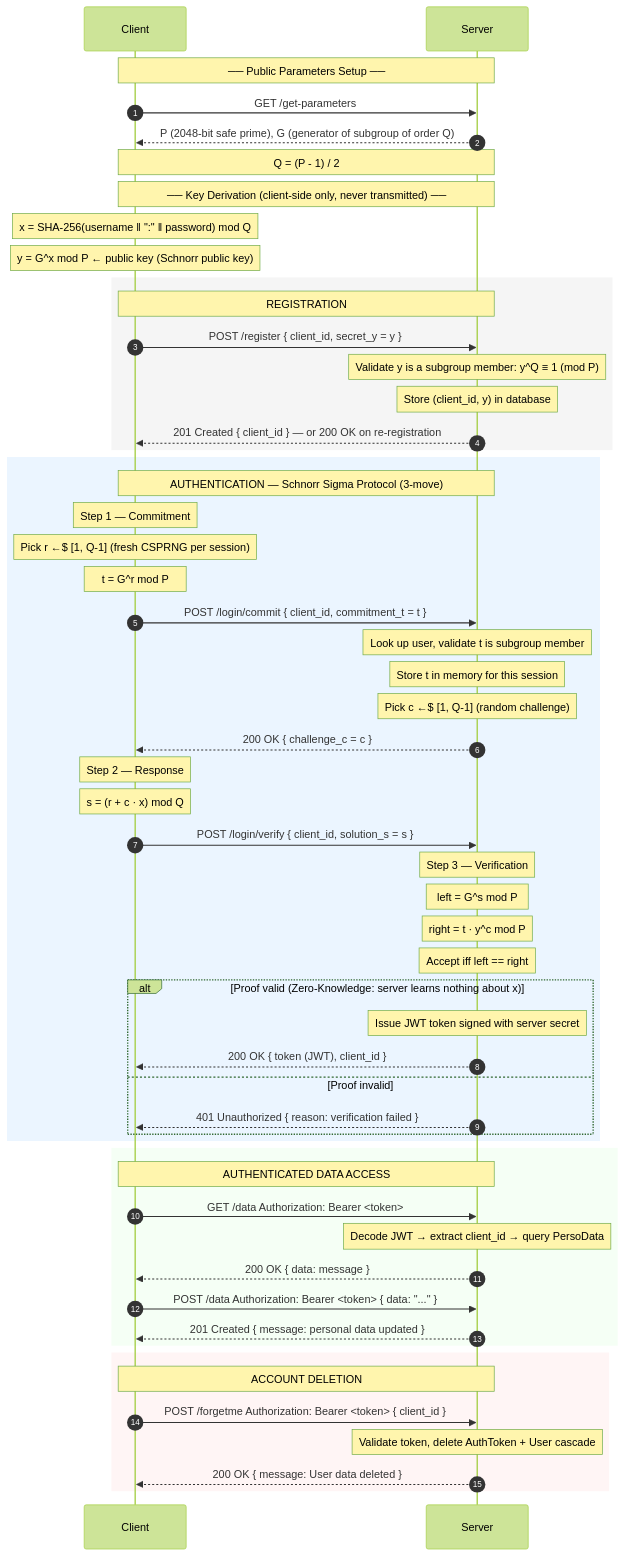
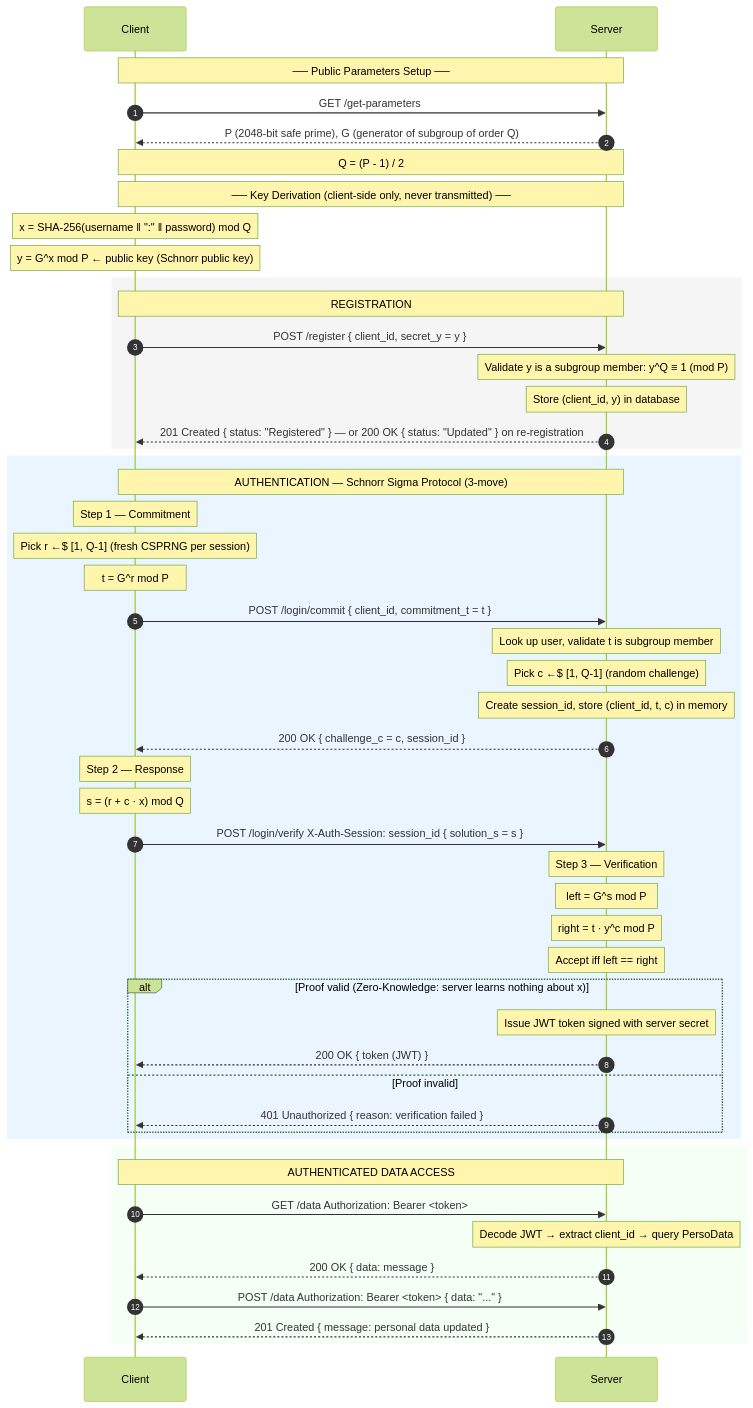
Before and after one commit to matei-rares-a/acas: the diagram in diagrams/diagram_schnorr_zkp_protocol.mmd, drawn with Mermaid (forest theme). The commit also changed 13 other files, not shown here.

```diff
--- a/diagrams/diagram_schnorr_zkp_protocol.mmd
+++ b/diagrams/diagram_schnorr_zkp_protocol.mmd
@@ -1,66 +1,59 @@
 sequenceDiagram
     autonumber
     participant C as Client
     participant S as Server
 
     Note over C,S: ── Public Parameters Setup ──
     C->>S: GET /get-parameters
     S-->>C: P (2048-bit safe prime), G (generator of subgroup of order Q)
     Note over C,S: Q = (P - 1) / 2
 
     Note over C,S: ── Key Derivation (client-side only, never transmitted) ──
     Note over C: x = SHA-256(username ‖ ":" ‖ password) mod Q
     Note over C: y = G^x mod P     ← public key (Schnorr public key)
 
     rect rgb(245, 245, 245)
     Note over C,S: REGISTRATION
     C->>S: POST /register  { client_id, secret_y = y }
     Note over S: Validate y is a subgroup member: y^Q ≡ 1 (mod P)
     Note over S: Store (client_id, y) in database
-    S-->>C: 201 Created  { client_id }  — or 200 OK on re-registration
+    S-->>C: 201 Created  { status: "Registered" }  — or 200 OK  { status: "Updated" } on re-registration
     end
 
     rect rgb(235, 245, 255)
     Note over C,S: AUTHENTICATION — Schnorr Sigma Protocol (3-move)
     Note over C: Step 1 — Commitment
     Note over C: Pick r ←$ [1, Q-1]   (fresh CSPRNG per session)
     Note over C: t = G^r mod P
     C->>S: POST /login/commit  { client_id, commitment_t = t }
     Note over S: Look up user, validate t is subgroup member
-    Note over S: Store t in memory for this session
     Note over S: Pick c ←$ [1, Q-1]   (random challenge)
-    S-->>C: 200 OK  { challenge_c = c }
+    Note over S: Create session_id, store (client_id, t, c) in memory
+    S-->>C: 200 OK  { challenge_c = c, session_id }
 
     Note over C: Step 2 — Response
     Note over C: s = (r + c · x) mod Q
-    C->>S: POST /login/verify  { client_id, solution_s = s }
+    C->>S: POST /login/verify  X-Auth-Session: session_id  { solution_s = s }
 
     Note over S: Step 3 — Verification
     Note over S: left  = G^s mod P
     Note over S: right = t · y^c mod P
     Note over S: Accept iff left == right
 
     alt Proof valid  (Zero-Knowledge: server learns nothing about x)
         Note over S: Issue JWT token signed with server secret
-        S-->>C: 200 OK  { token (JWT), client_id }
+        S-->>C: 200 OK  { token (JWT) }
     else Proof invalid
         S-->>C: 401 Unauthorized  { reason: verification failed }
     end
     end
 
     rect rgb(245, 255, 245)
     Note over C,S: AUTHENTICATED DATA ACCESS
     C->>S: GET /data   Authorization: Bearer <token>
     Note over S: Decode JWT → extract client_id → query PersoData
     S-->>C: 200 OK  { data: message }
 
     C->>S: POST /data  Authorization: Bearer <token>  { data: "..." }
     S-->>C: 201 Created  { message: personal data updated }
     end
-
-    rect rgb(255, 245, 245)
-    Note over C,S: ACCOUNT DELETION
-    C->>S: POST /forgetme  Authorization: Bearer <token>  { client_id }
-    Note over S: Validate token, delete AuthToken + User cascade
-    S-->>C: 200 OK  { message: User data deleted }
-    end
```
